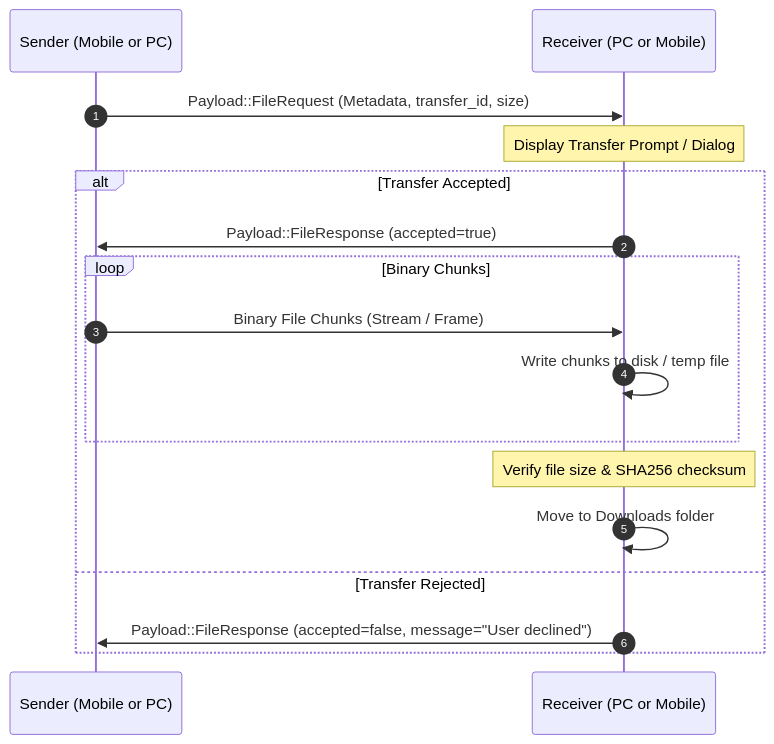
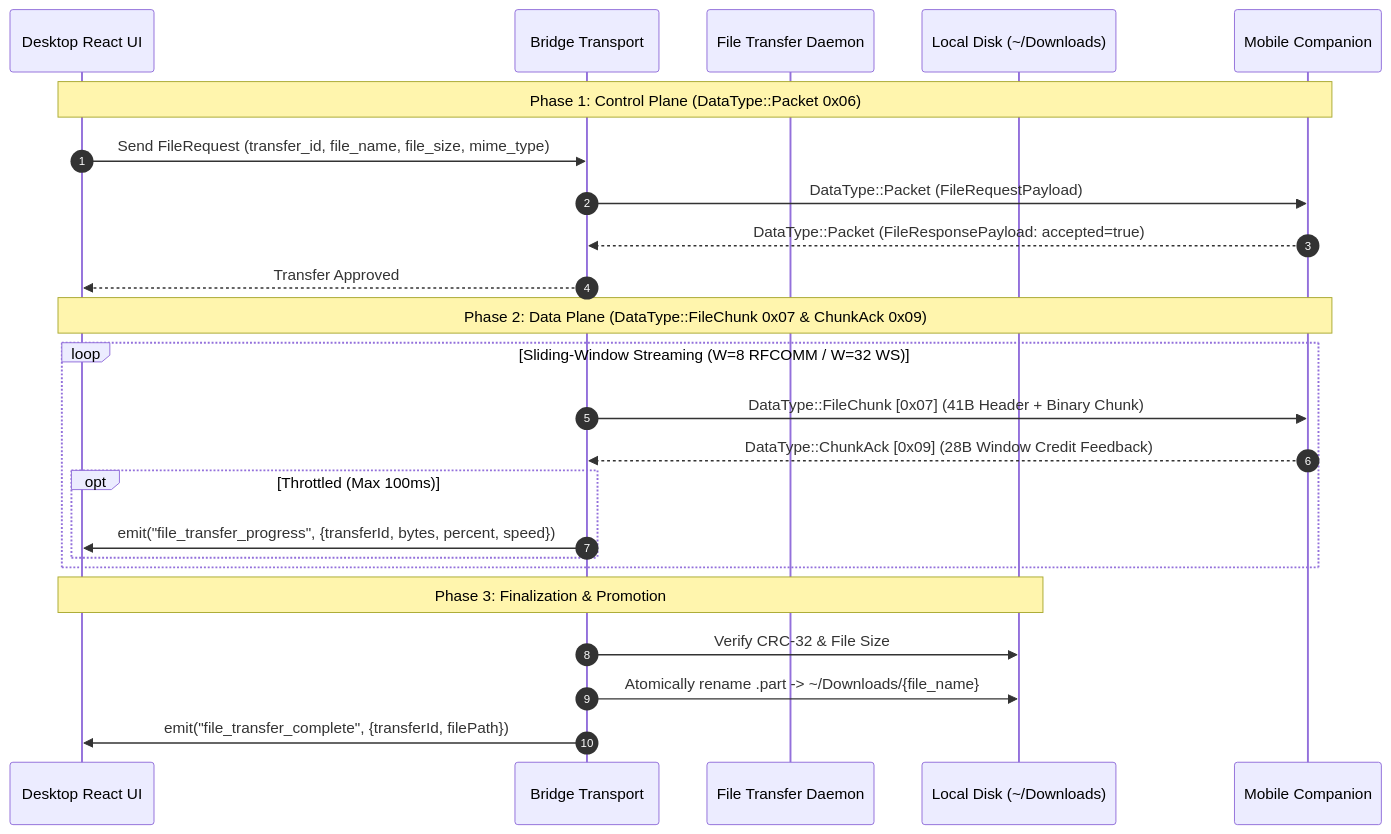
The diagram in docs/tools/file-transfer.md (franckKyete/tools-desktop-tauri), drawn with Mermaid before and after one commit. The commit also changed other lines of this file and 120 other files, not shown here.

First line of the commit message:
feat(planning): complete Phase 1 Core Trio architectural decisions and documentation

````diff
--- a/docs/tools/file-transfer.md
+++ b/docs/tools/file-transfer.md
@@ -9,20 +9,29 @@
 ```mermaid
 sequenceDiagram
     autonumber
-    participant Sender as Sender (Mobile or PC)
-    participant Receiver as Receiver (PC or Mobile)
+    participant UI as Desktop React UI
+    participant Bridge as Bridge Transport
+    participant Daemon as File Transfer Daemon
+    participant Disk as Local Disk (~/Downloads)
+    participant Peer as Mobile Companion
 
-    Sender->>Receiver: Payload::FileRequest (Metadata, transfer_id, size)
-    Note over Receiver: Display Transfer Prompt / Dialog
-    alt Transfer Accepted
-        Receiver->>Sender: Payload::FileResponse (accepted=true)
-        loop Binary Chunks
-            Sender->>Receiver: Binary File Chunks (Stream / Frame)
-            Receiver->>Receiver: Write chunks to disk / temp file
+    Note over UI,Peer: Phase 1: Control Plane (DataType::Packet 0x06)
+    UI->>Bridge: Send FileRequest (transfer_id, file_name, file_size, mime_type)
+    Bridge->>Peer: DataType::Packet (FileRequestPayload)
+    Peer-->>Bridge: DataType::Packet (FileResponsePayload: accepted=true)
+    Bridge-->>UI: Transfer Approved
+
+    Note over UI,Peer: Phase 2: Data Plane (DataType::FileChunk 0x07 & ChunkAck 0x09)
+    loop Sliding-Window Streaming (W=8 RFCOMM / W=32 WS)
+        Bridge->>Peer: DataType::FileChunk [0x07] (41B Header + Binary Chunk)
+        Peer-->>Bridge: DataType::ChunkAck [0x09] (28B Window Credit Feedback)
+        opt Throttled (Max 100ms)
+            Bridge->>UI: emit("file_transfer_progress", {transferId, bytes, percent, speed})
         end
-        Note over Receiver: Verify file size & SHA256 checksum
-        Receiver->>Receiver: Move to Downloads folder
-    else Transfer Rejected
-        Receiver->>Sender: Payload::FileResponse (accepted=false, message="User declined")
     end
+
+    Note over UI,Disk: Phase 3: Finalization & Promotion
+    Bridge->>Disk: Verify CRC-32 & File Size
+    Bridge->>Disk: Atomically rename .part -> ~/Downloads/{file_name}
+    Bridge->>UI: emit("file_transfer_complete", {transferId, filePath})
 ```
````
